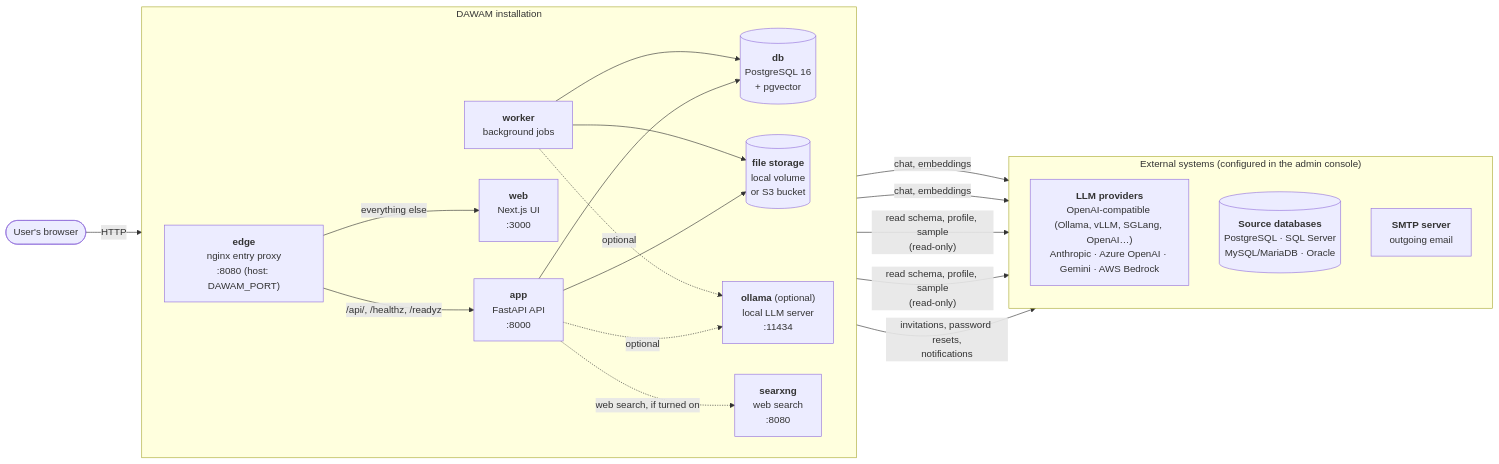
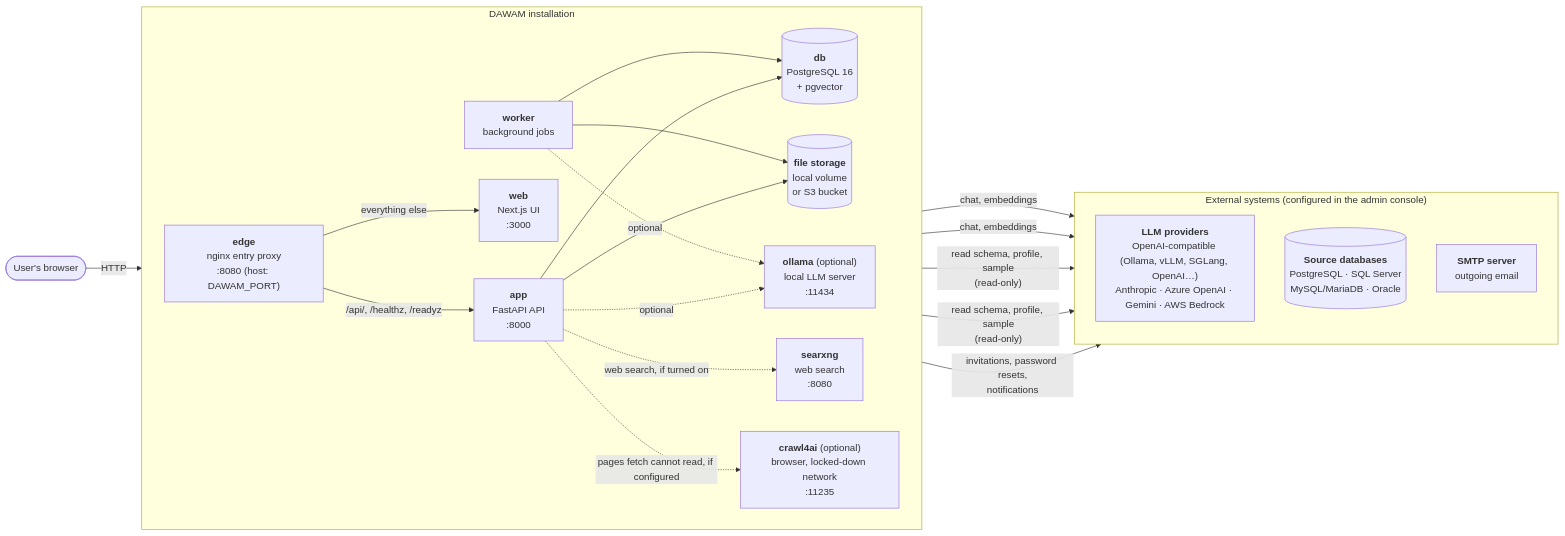
One commit to EslamAlaaZaki/dawam changed the diagram in deploy/README.md. Above: the diagram before and after it, drawn with Mermaid. The commit also changed other lines of this file and 28 other files, not shown here.

First line of the commit message:
feat: web_fetch reads through Crawl4AI on a locked-down network, within 45 s (#545)

````diff
--- a/deploy/README.md
+++ b/deploy/README.md
@@ -24,43 +24,45 @@
 ```mermaid
 flowchart LR
     user(["User's browser"])
 
     subgraph dawam["DAWAM installation"]
         direction LR
         edge["<b>edge</b><br/>nginx entry proxy<br/>:8080 (host: DAWAM_PORT)"]
         web["<b>web</b><br/>Next.js UI<br/>:3000"]
         app["<b>app</b><br/>FastAPI API<br/>:8000"]
         worker["<b>worker</b><br/>background jobs"]
         db[("<b>db</b><br/>PostgreSQL 16<br/>+ pgvector")]
         files[("<b>file storage</b><br/>local volume<br/>or S3 bucket")]
         ollama["<b>ollama</b> (optional)<br/>local LLM server<br/>:11434"]
         searxng["<b>searxng</b><br/>web search<br/>:8080"]
+        crawl4ai["<b>crawl4ai</b> (optional)<br/>browser, locked-down network<br/>:11235"]
     end
 
     subgraph external["External systems (configured in the admin console)"]
         direction TB
         llm["<b>LLM providers</b><br/>OpenAI-compatible (Ollama, vLLM, SGLang, OpenAI…)<br/>Anthropic · Azure OpenAI · Gemini · AWS Bedrock"]
         sources[("<b>Source databases</b><br/>PostgreSQL · SQL Server<br/>MySQL/MariaDB · Oracle")]
         smtp["<b>SMTP server</b><br/>outgoing email"]
     end
 
     user -- "HTTP" --> edge
     edge -- "/api/, /healthz, /readyz" --> app
     edge -- "everything else" --> web
 
     app --> db
     worker --> db
     app --> files
     worker --> files
 
     app -- "chat, embeddings" --> llm
     worker -- "chat, embeddings" --> llm
     app -. "optional" .-> ollama
     worker -. "optional" .-> ollama
     app -. "web search, if turned on" .-> searxng
+    app -. "pages fetch cannot read, if configured" .-> crawl4ai
 
     app -- "read schema, profile, sample<br/>(read-only)" --> sources
     worker -- "read schema, profile, sample<br/>(read-only)" --> sources
 
     app -- "invitations, password resets,<br/>notifications" --> smtp
 ```
````
